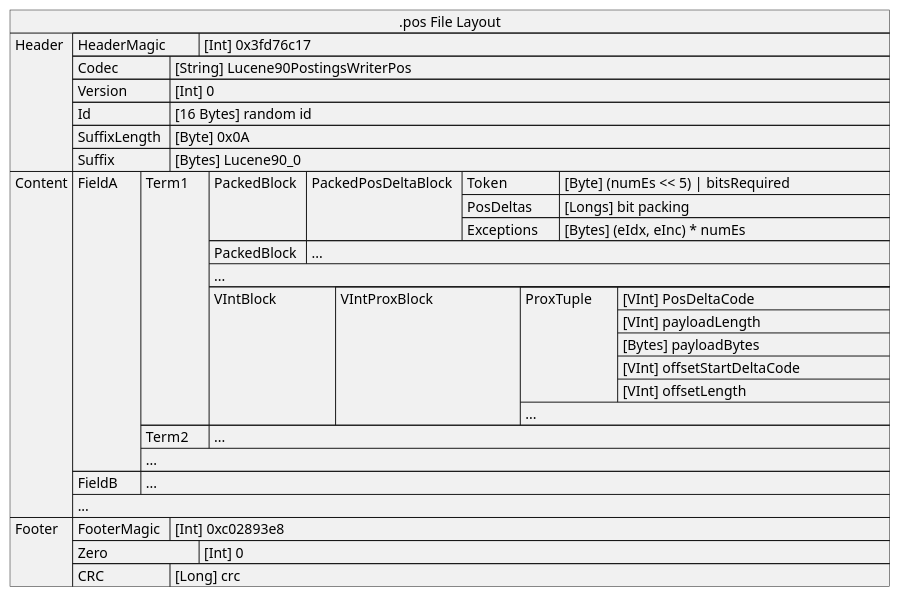
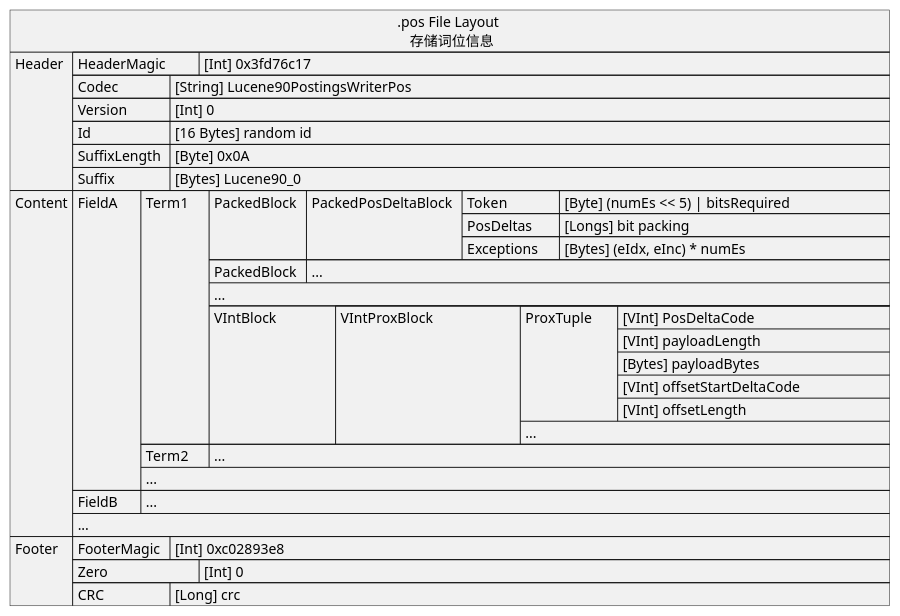
One commit to big-peter/lucene changed the diagram in uml/fileLayout/02.pos.puml. Above: the diagram before and after it, drawn with PlantUML. The commit also changed 7 other files, not shown here.

Commit message:
add uml desc

```diff
--- a/uml/fileLayout/02.pos.puml
+++ b/uml/fileLayout/02.pos.puml
@@ -4,48 +4,48 @@
 @startuml
-json ".pos File Layout" as J {
+json ".pos File Layout \n 存储词位信息" as J {
    "Header":[
       {"HeaderMagic\t": "[Int] 0x3fd76c17"},
       {"Codec\t\t": "[String] Lucene90PostingsWriterPos"},
       {"Version\t\t": "[Int] 0"},
       {"Id\t\t\t": "[16 Bytes] random id"},
       {"SuffixLength\t": "[Byte] 0x0A"},
       {"Suffix\t\t": "[Bytes] Lucene90_0"}
    ],
    "Content":[
     {"FieldA\t": [
       {"Term1\t": [
          {"PackedBlock\t":[
             {"PackedPosDeltaBlock\t":[
                {"Token\t\t": "[Byte] (numEs << 5) | bitsRequired\t"},
                {"PosDeltas\t": "[Longs] bit packing"},
                {"Exceptions\t": "[Bytes] (eIdx, eInc) * numEs"}
             ]}
          ]},
          {"PackedBlock\t":["..."]},
          "...",
          {"VIntBlock\t\t":[
             {"VIntProxBlock\t\t\t": [
                {"ProxTuple\t":[
                   "[VInt] PosDeltaCode",
                   "[VInt] payloadLength",
                   "[Bytes] payloadBytes",
                   "[VInt] offsetStartDeltaCode\t\t\t",
                   "[VInt] offsetLength"
                ]},
                "..."
             ]}
          ]}
       ]},
       {"Term2\t": ["..."]},
       "..."
     ]},
     {"FieldB\t":["..."]},
     "..."
    ],
    "Footer":[
       {"FooterMagic\t": "[Int] 0xc02893e8"},
       {"Zero\t\t\t": "[Int] 0"},
       {"CRC\t\t\t": "[Long] crc"}
    ]
 }
 @enduml
```
